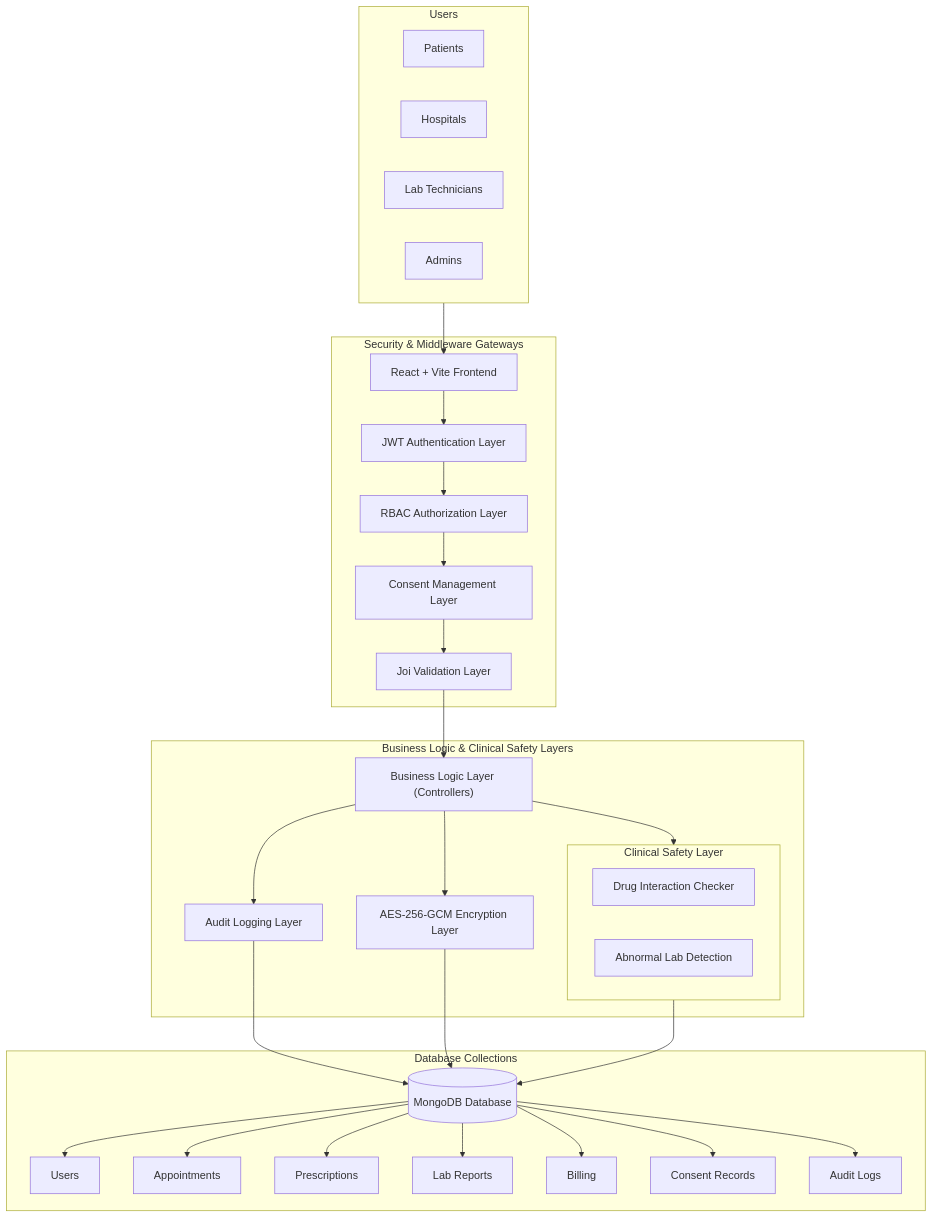
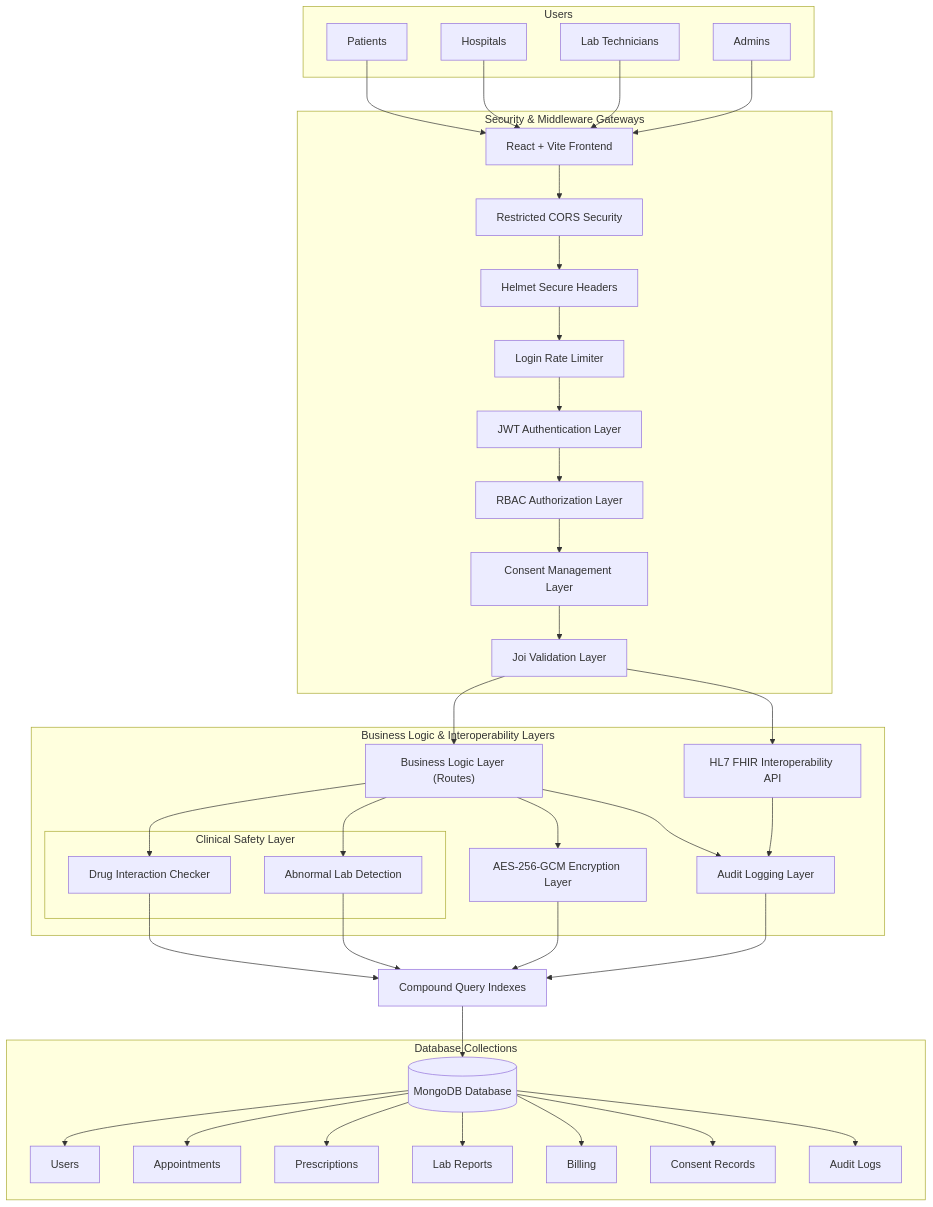
One commit to Harvey-08/MedVault changed the diagram in README.md. Above: the diagram before and after it, drawn with Mermaid. The commit also changed other lines of this file, not shown here.

Commit message:
updated architecture diagram and future enhancements in readme

````diff
--- a/README.md
+++ b/README.md
@@ -7,45 +7,56 @@
 ```mermaid
 flowchart TD
     subgraph Users ["Users"]
         Patient["Patients"]
         Hospital["Hospitals"]
         LabTech["Lab Technicians"]
         Admin["Admins"]
     end
 
-    Users --> Frontend["React + Vite Frontend"]
+    Patient --> Frontend["React + Vite Frontend"]
+    Hospital --> Frontend
+    LabTech --> Frontend
+    Admin --> Frontend
 
     subgraph Security_Gateways ["Security & Middleware Gateways"]
-        Frontend --> JWT["JWT Authentication Layer"]
+        Frontend --> CORS["Restricted CORS Security"]
+        CORS --> Helmet["Helmet Secure Headers"]
+        Helmet --> RateLimit["Login Rate Limiter"]
+        RateLimit --> JWT["JWT Authentication Layer"]
         JWT --> RBAC["RBAC Authorization Layer"]
         RBAC --> ConsentMgmt["Consent Management Layer"]
         ConsentMgmt --> JoiVal["Joi Validation Layer"]
     end
 
-    subgraph Backend_Logic ["Business Logic & Clinical Safety Layers"]
-        JoiVal --> Controllers["Business Logic Layer (Controllers)"]
+    subgraph Backend_Logic ["Business Logic & Interoperability Layers"]
+        JoiVal --> Controllers["Business Logic Layer (Routes)"]
+        JoiVal --> FHIR["HL7 FHIR Interoperability API"]
         
         subgraph Clinical_Safety ["Clinical Safety Layer"]
             DrugCheck["Drug Interaction Checker"]
             LabDetect["Abnormal Lab Detection"]
         end
         
-        Controllers --> Clinical_Safety
+        Controllers --> DrugCheck
+        Controllers --> LabDetect
         Controllers --> AuditLog["Audit Logging Layer"]
         Controllers --> Encryption["AES-256-GCM Encryption Layer"]
+        FHIR --> AuditLog
     end
 
-    Clinical_Safety --> MongoDB[("MongoDB Database")]
-    AuditLog --> MongoDB
-    Encryption --> MongoDB
+    DrugCheck --> Indexes["Compound Query Indexes"]
+    LabDetect --> Indexes
+    Encryption --> Indexes
+    AuditLog --> Indexes
+    Indexes --> MongoDB[("MongoDB Database")]
 
     subgraph DB_Collections ["Database Collections"]
         MongoDB --> ColUsers["Users"]
         MongoDB --> ColAppt["Appointments"]
         MongoDB --> ColPresc["Prescriptions"]
         MongoDB --> ColLab["Lab Reports"]
         MongoDB --> ColBill["Billing"]
         MongoDB --> ColConsent["Consent Records"]
         MongoDB --> ColAudit["Audit Logs"]
     end
 ```
````
